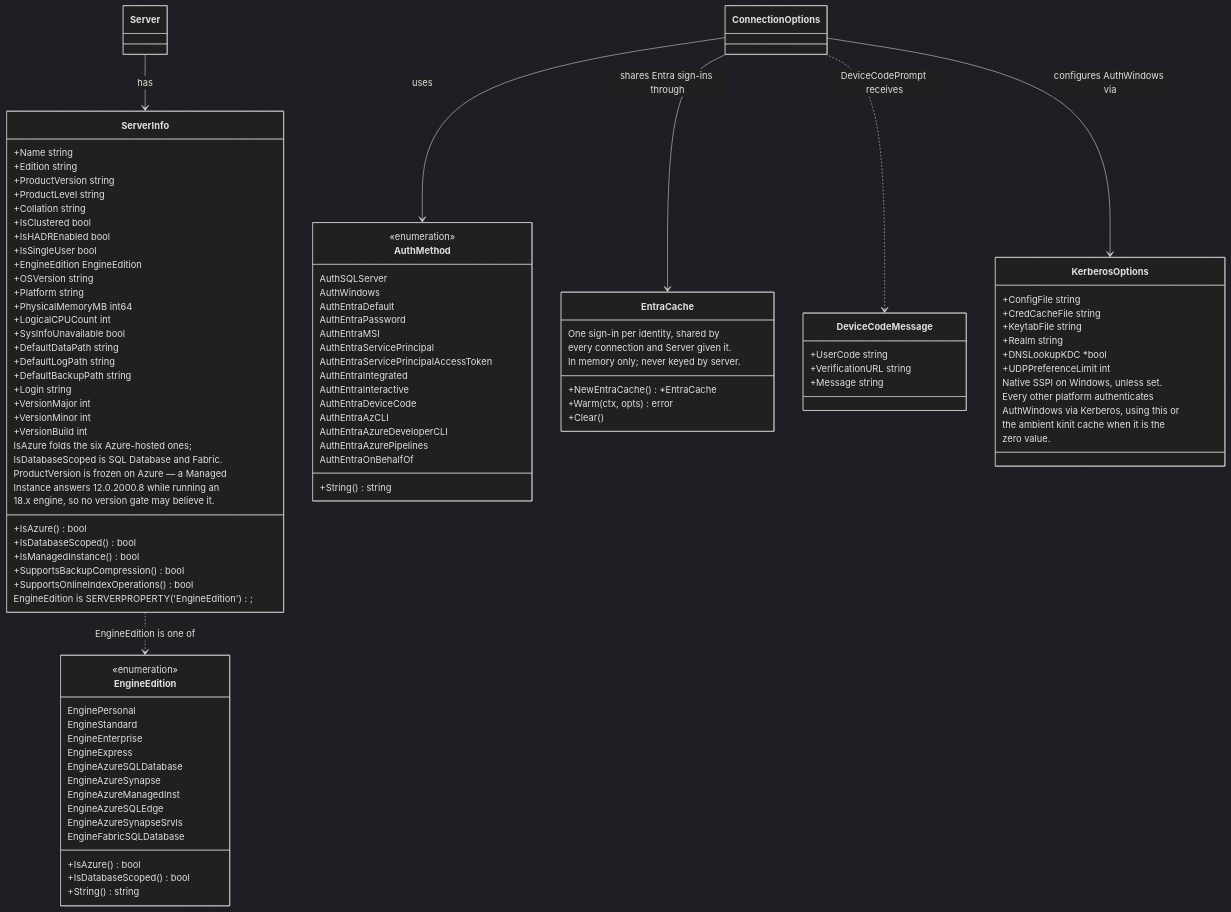
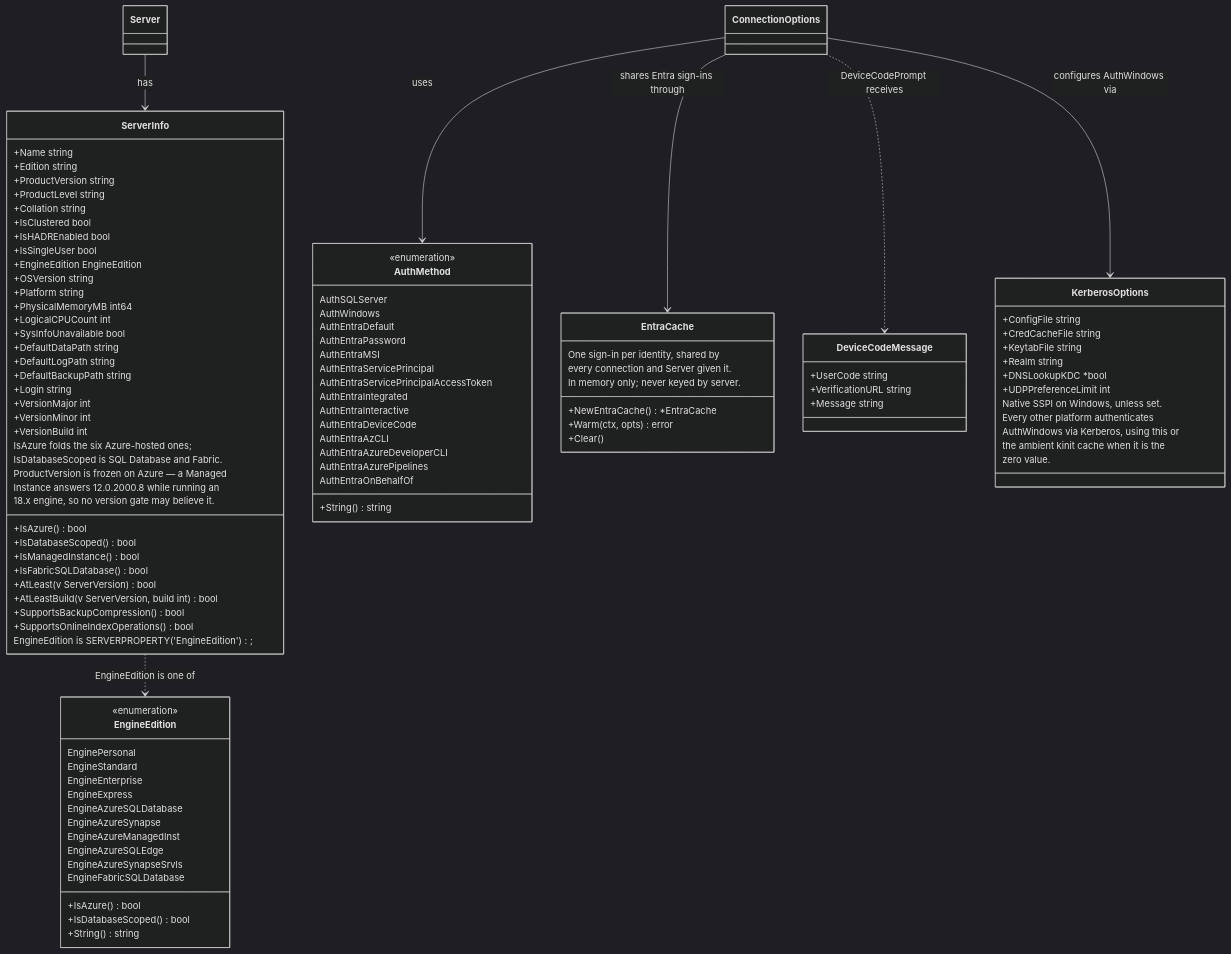
Before and after one commit to radix29/gosmo: the diagram in diagram/03-server-info-and-authentication.mmd, drawn with Mermaid (dark theme). The commit also changed 12 other files, not shown here.

Commit message:
feat: enhance architecture documentation and add user-defined types support

```diff
--- a/diagram/03-server-info-and-authentication.mmd
+++ b/diagram/03-server-info-and-authentication.mmd
@@ -1,119 +1,122 @@
 classDiagram
 
     %% =========================================================
     %% Top-level entry point
     %% =========================================================
 
     class ServerInfo {
         +Name string
         +Edition string
         +ProductVersion string
         +ProductLevel string
         +Collation string
         +IsClustered bool
         +IsHADREnabled bool
         +IsSingleUser bool
         +EngineEdition EngineEdition
         +OSVersion string
         +Platform string
         +PhysicalMemoryMB int64
         +LogicalCPUCount int
         +SysInfoUnavailable bool
         +DefaultDataPath string
         +DefaultLogPath string
         +DefaultBackupPath string
         +Login string
         +VersionMajor int
         +VersionMinor int
         +VersionBuild int
         +IsAzure() bool
         +IsDatabaseScoped() bool
         +IsManagedInstance() bool
+        +IsFabricSQLDatabase() bool
+        +AtLeast(v ServerVersion) bool
+        +AtLeastBuild(v ServerVersion, build int) bool
         +SupportsBackupCompression() bool
         +SupportsOnlineIndexOperations() bool
         EngineEdition is SERVERPROPERTY('EngineEdition');
         IsAzure folds the six Azure-hosted ones;
         IsDatabaseScoped is SQL Database and Fabric.
         ProductVersion is frozen on Azure — a Managed
         Instance answers 12.0.2000.8 while running an
         18.x engine, so no version gate may believe it.
     }
 
     class EngineEdition {
         <<enumeration>>
         EnginePersonal
         EngineStandard
         EngineEnterprise
         EngineExpress
         EngineAzureSQLDatabase
         EngineAzureSynapse
         EngineAzureManagedInst
         EngineAzureSQLEdge
         EngineAzureSynapseSrvls
         EngineFabricSQLDatabase
         +IsAzure() bool
         +IsDatabaseScoped() bool
         +String() string
     }
 
     %% =========================================================
     %% Authentication
     %% =========================================================
 
     class AuthMethod {
         <<enumeration>>
         AuthSQLServer
         AuthWindows
         AuthEntraDefault
         AuthEntraPassword
         AuthEntraMSI
         AuthEntraServicePrincipal
         AuthEntraServicePrincipalAccessToken
         AuthEntraIntegrated
         AuthEntraInteractive
         AuthEntraDeviceCode
         AuthEntraAzCLI
         AuthEntraAzureDeveloperCLI
         AuthEntraAzurePipelines
         AuthEntraOnBehalfOf
         +String() string
     }
 
     class EntraCache {
         +NewEntraCache() *EntraCache
         +Warm(ctx, opts) error
         +Clear()
         One sign-in per identity, shared by
         every connection and Server given it.
         In memory only; never keyed by server.
     }
 
     class DeviceCodeMessage {
         +UserCode string
         +VerificationURL string
         +Message string
     }
 
     class KerberosOptions {
         +ConfigFile string
         +CredCacheFile string
         +KeytabFile string
         +Realm string
         +DNSLookupKDC *bool
         +UDPPreferenceLimit int
         Native SSPI on Windows, unless set.
         Every other platform authenticates
         AuthWindows via Kerberos, using this or
         the ambient kinit cache when it is the
         zero value.
     }
 
     %% =========================================================
     %% Relationships
     %% =========================================================
     ConnectionOptions --> AuthMethod : uses
     ConnectionOptions --> KerberosOptions : configures AuthWindows via
     ConnectionOptions --> EntraCache : shares Entra sign-ins through
     ConnectionOptions ..> DeviceCodeMessage : DeviceCodePrompt receives
     Server --> ServerInfo : has
     ServerInfo ..> EngineEdition : EngineEdition is one of
```
